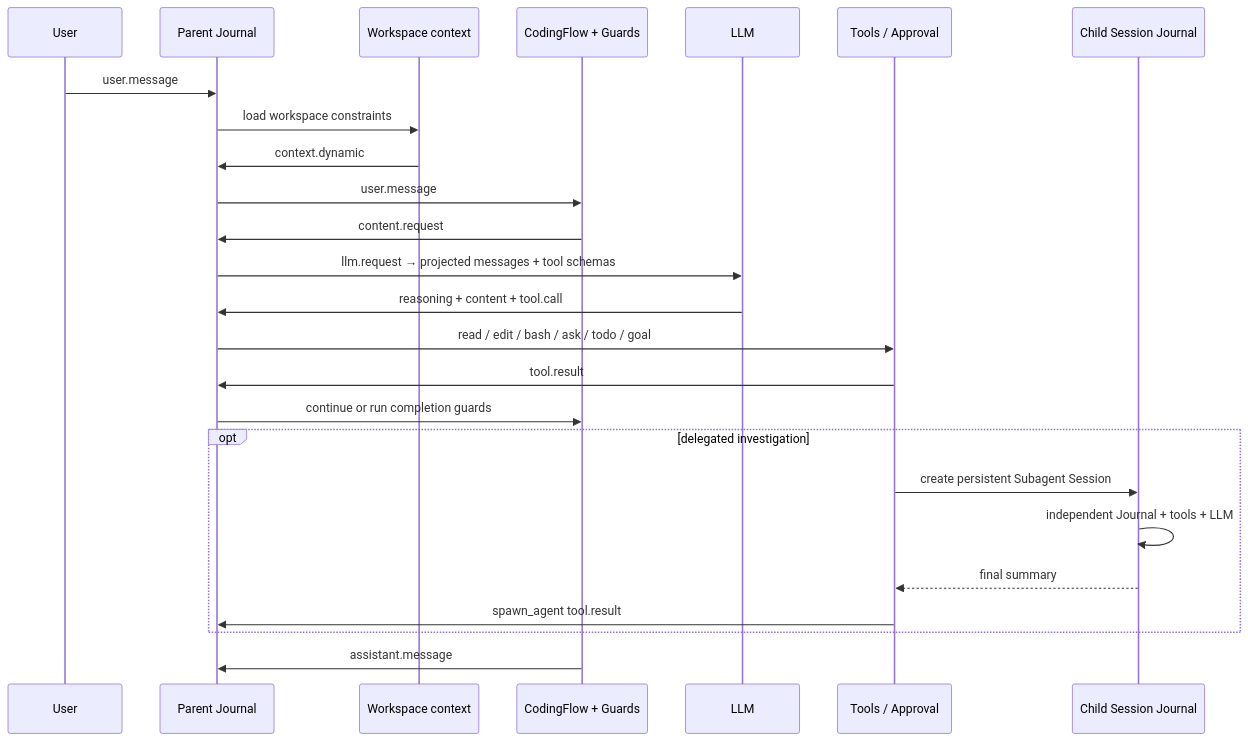
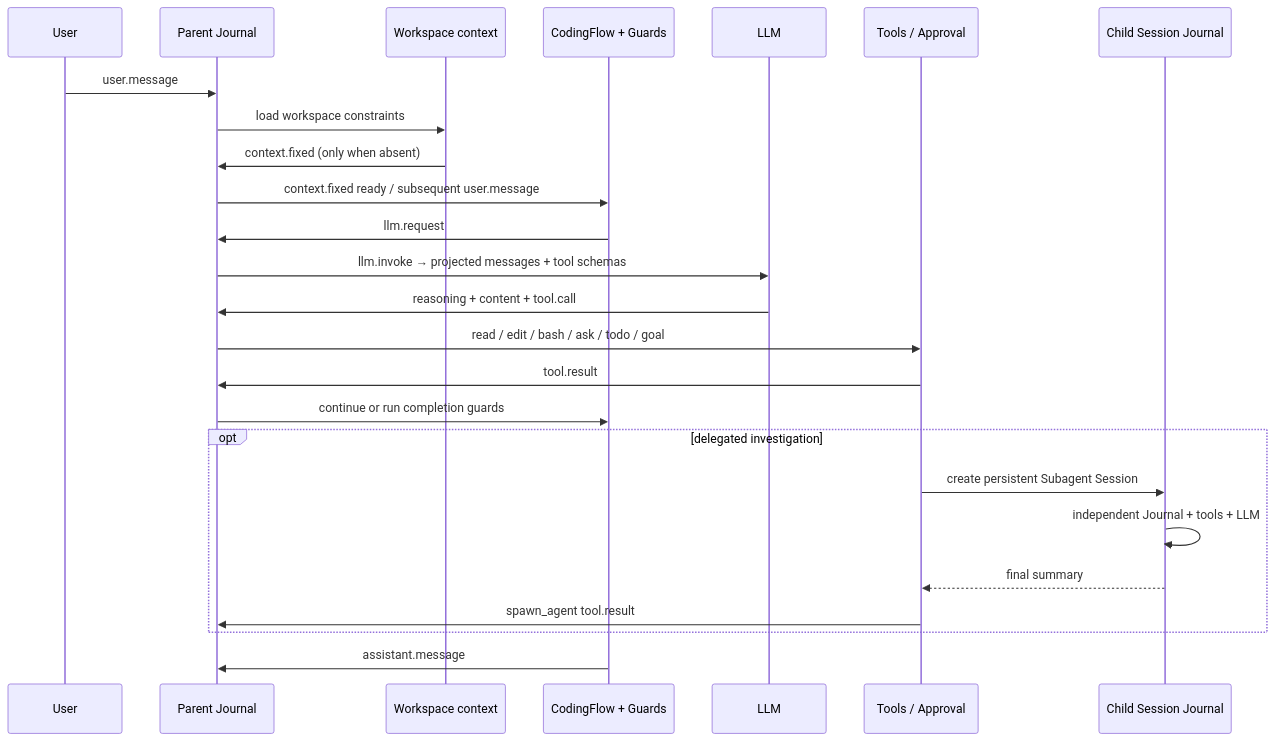
One commit to liz-public/knot-agent changed the third of 3 diagrams in README.en.md. Above: the diagram before and after it, drawn with Mermaid. The commit also changed other lines of this file and 10 other files, not shown here.

````diff
--- a/README.en.md
+++ b/README.en.md
@@ -238,28 +238,28 @@
 ```mermaid
 sequenceDiagram
   participant U as User
   participant J as Parent Journal
   participant W as Workspace context
   participant F as CodingFlow + Guards
   participant L as LLM
   participant T as Tools / Approval
   participant S as Child Session Journal
 
   U->>J: user.message
   J->>W: load workspace constraints
-  W->>J: context.dynamic
-  J->>F: user.message
-  F->>J: content.request
-  J->>L: llm.request → projected messages + tool schemas
+  W->>J: context.fixed (only when absent)
+  J->>F: context.fixed ready / subsequent user.message
+  F->>J: llm.request
+  J->>L: llm.invoke → projected messages + tool schemas
   L->>J: reasoning + content + tool.call
   J->>T: read / edit / bash / ask / todo / goal
   T->>J: tool.result
   J->>F: continue or run completion guards
   opt delegated investigation
     T->>S: create persistent Subagent Session
     S->>S: independent Journal + tools + LLM
     S-->>T: final summary
     T->>J: spawn_agent tool.result
   end
   F->>J: assistant.message
 ```
````
